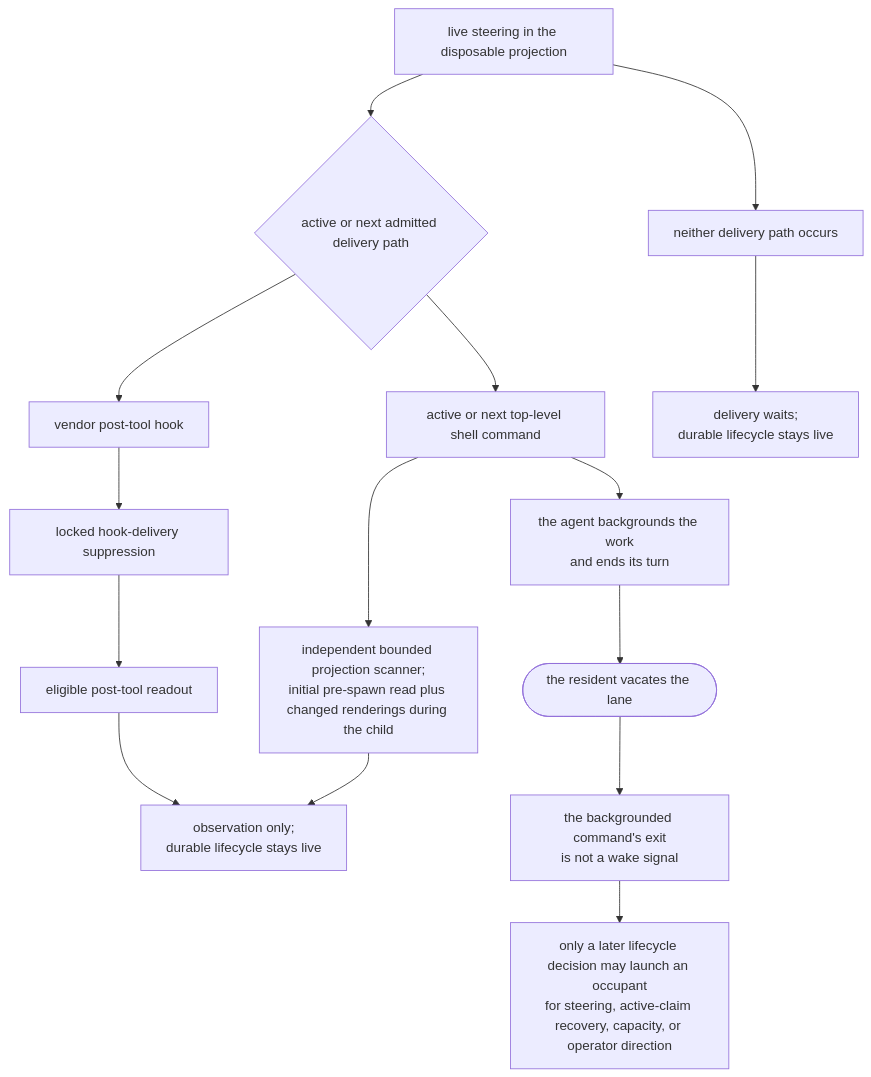
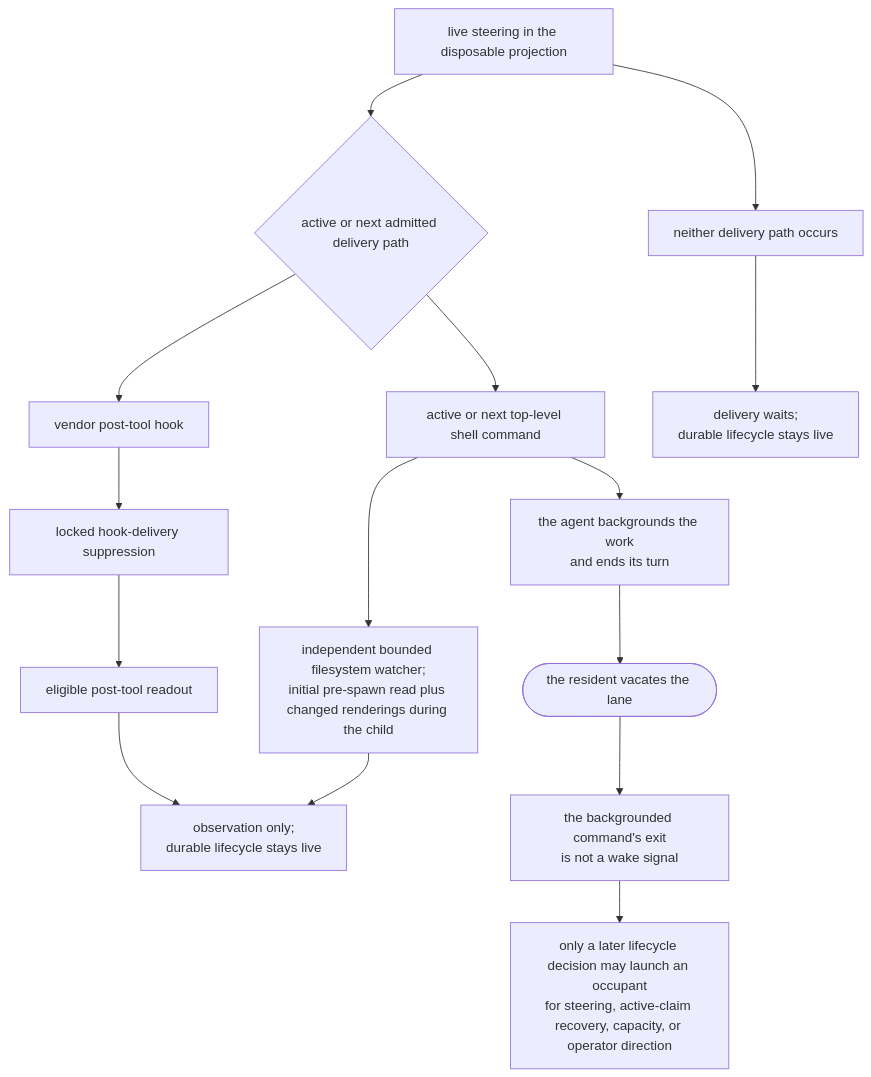
The eighth of 10 diagrams in docs/product/planes/hooks.md (infimalabs/spice-rust), drawn with Mermaid before and after one commit. The commit also changed other lines of this file and 4 other files, not shown here.

Commit message:
steer: Replace active-child polling with a filesystem watcher DELIVER-1kRP9vNw

````diff
--- a/docs/product/planes/hooks.md
+++ b/docs/product/planes/hooks.md
@@ -223,17 +224,17 @@
 ```mermaid
 flowchart TD
   D["live steering in the disposable projection"] --> B{"active or next admitted delivery path"}
   B --> T["vendor post-tool hook"]
   B --> C["active or next top-level shell command"]
   T --> HS["locked hook-delivery suppression"]
   HS --> HR["eligible post-tool readout"]
-  C --> SR["independent bounded projection scanner;<br/>initial pre-spawn read plus changed renderings during the child"]
+  C --> SR["independent bounded filesystem watcher;<br/>initial pre-spawn read plus changed renderings during the child"]
   HR --> O["observation only;<br/>durable lifecycle stays live"]
   SR --> O
   D --> N["neither delivery path occurs"]
   N --> W["delivery waits;<br/>durable lifecycle stays live"]
   C --> BG["the agent backgrounds the work<br/>and ends its turn"]
   BG --> S(["the resident vacates the lane"])
   S --> X["the backgrounded command's exit<br/>is not a wake signal"]
   X --> RL["only a later lifecycle decision may launch an occupant<br/>for steering, active-claim recovery, capacity, or operator direction"]
 ```
````
